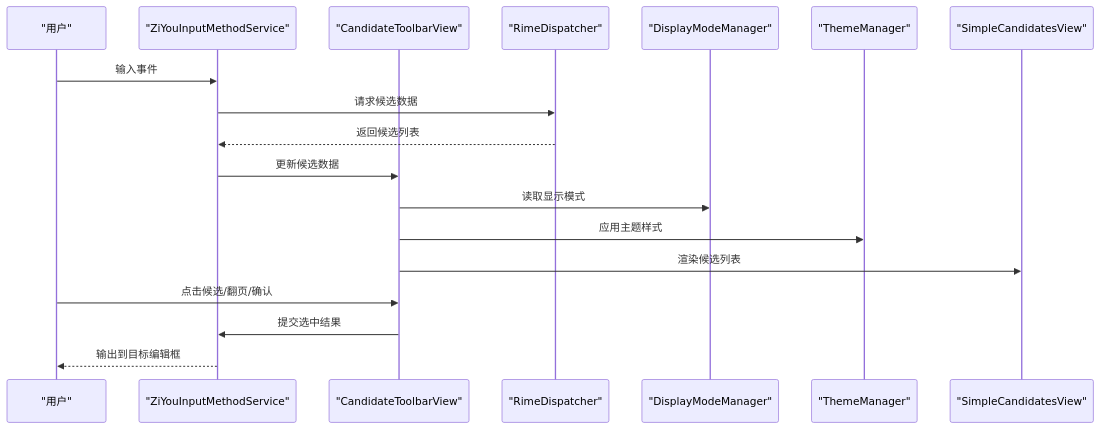
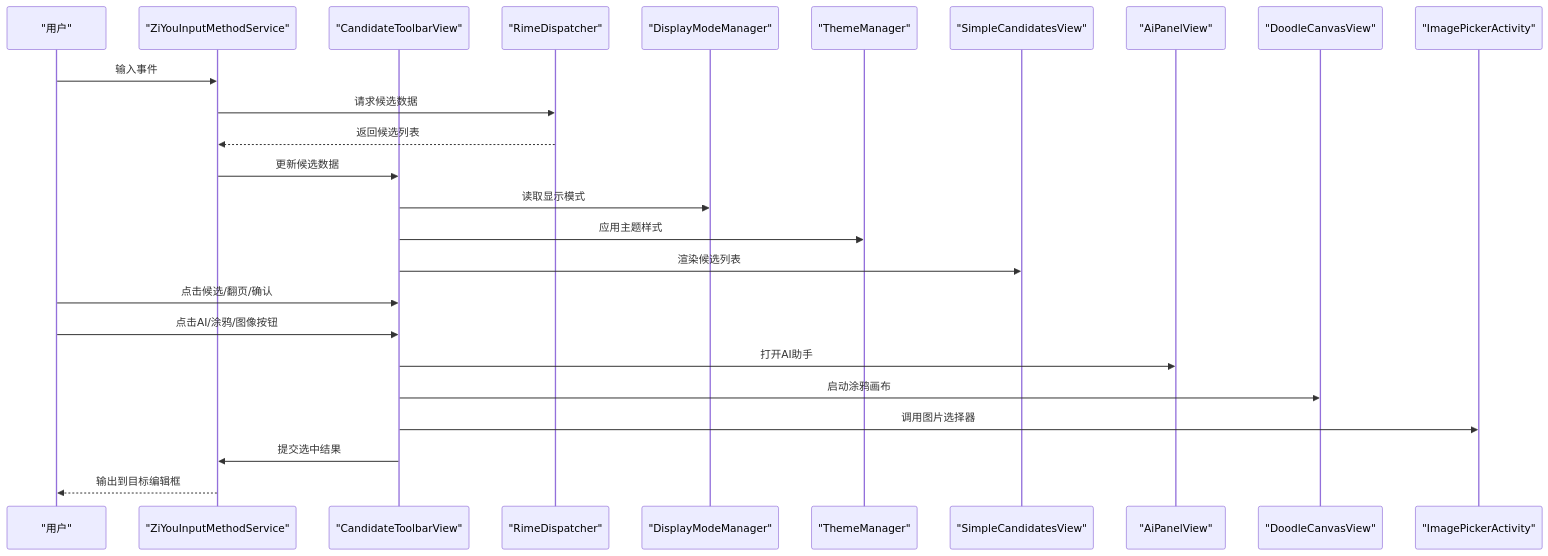
One commit to qiaodashaoye/ziyou-ime changed the second of 5 diagrams in .qoder/repowiki/zh/content/UI 组件/候选词工具栏视图 (CandidateToolbarView).md. Above: the diagram before and after it, drawn with Mermaid. The commit also changed other lines of this file and 3 other files, not shown here.

````diff
--- a/.qoder/repowiki/zh/content/UI 组件/候选词工具栏视图 (CandidateToolbarView).md
+++ b/.qoder/repowiki/zh/content/UI 组件/候选词工具栏视图 (CandidateToolbarView).md
@@ -74,20 +99,27 @@
 ```mermaid
 sequenceDiagram
 participant User as "用户"
 participant Service as "ZiYouInputMethodService"
 participant Toolbar as "CandidateToolbarView"
 participant Dispatcher as "RimeDispatcher"
 participant Mode as "DisplayModeManager"
 participant Theme as "ThemeManager"
 participant Candidates as "SimpleCandidatesView"
+participant AI as "AiPanelView"
+participant Doodle as "DoodleCanvasView"
+participant Image as "ImagePickerActivity"
 User->>Service : 输入事件
 Service->>Dispatcher : 请求候选数据
 Dispatcher-->>Service : 返回候选列表
 Service->>Toolbar : 更新候选数据
 Toolbar->>Mode : 读取显示模式
 Toolbar->>Theme : 应用主题样式
 Toolbar->>Candidates : 渲染候选列表
 User->>Toolbar : 点击候选/翻页/确认
+User->>Toolbar : 点击AI/涂鸦/图像按钮
+Toolbar->>AI : 打开AI助手
+Toolbar->>Doodle : 启动涂鸦画布
+Toolbar->>Image : 调用图片选择器
 Toolbar->>Service : 提交选中结果
 Service-->>User : 输出到目标编辑框
 ```
````
